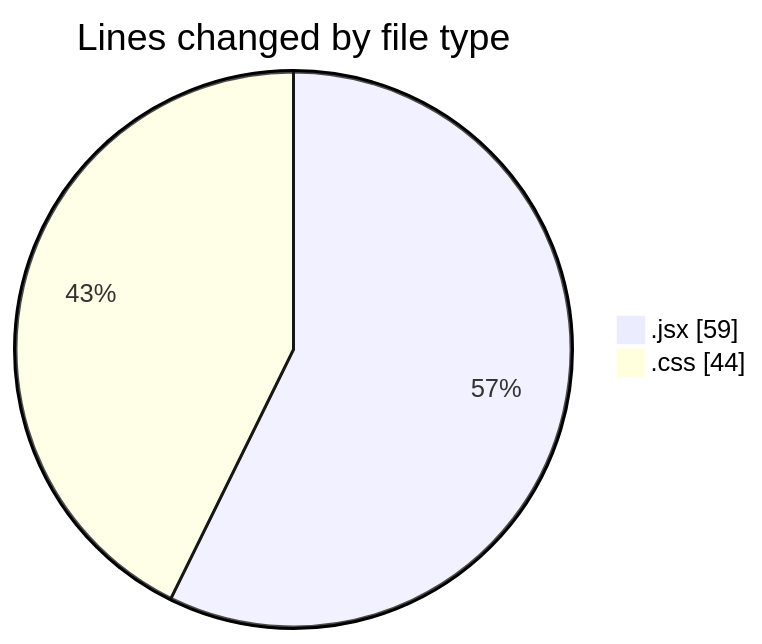
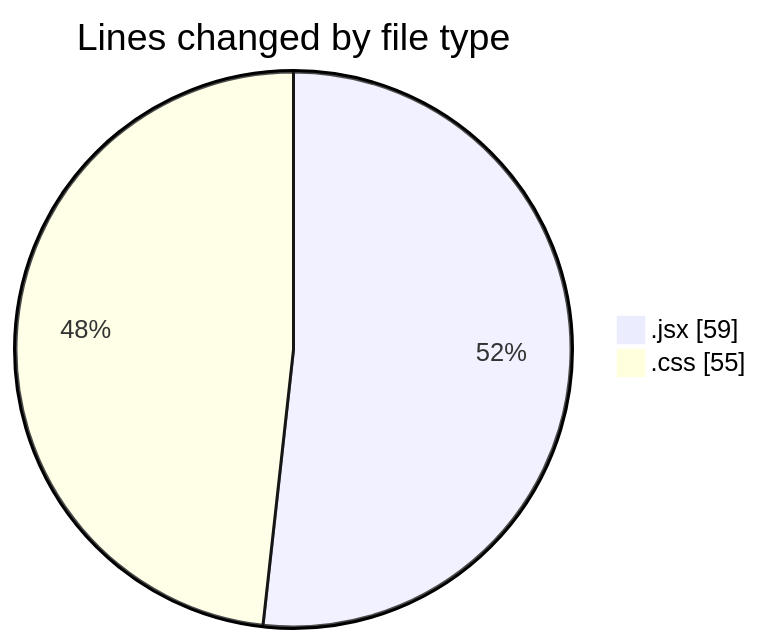
The first of 2 diagrams in 2025-02-04/react/README.md (Elitesun/code-tracking), drawn with Mermaid before and after one commit. The commit also changed other lines of this file and 1 other file, not shown here.

````diff
--- a/2025-02-04/react/README.md
+++ b/2025-02-04/react/README.md
@@ -21,6 +21,6 @@
 ```mermaid
 pie showData
 title Lines changed by file type
 ".jsx" : 59
-".css" : 44
+".css" : 55
 ```
````
